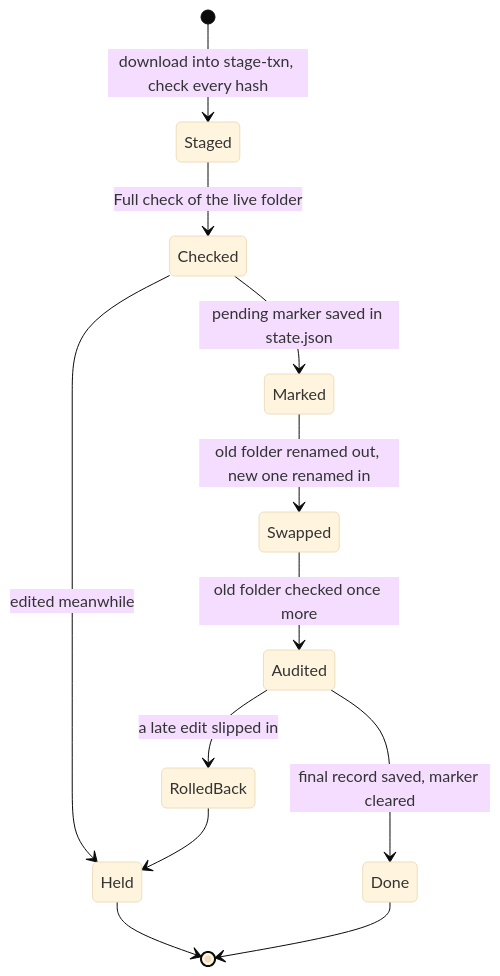
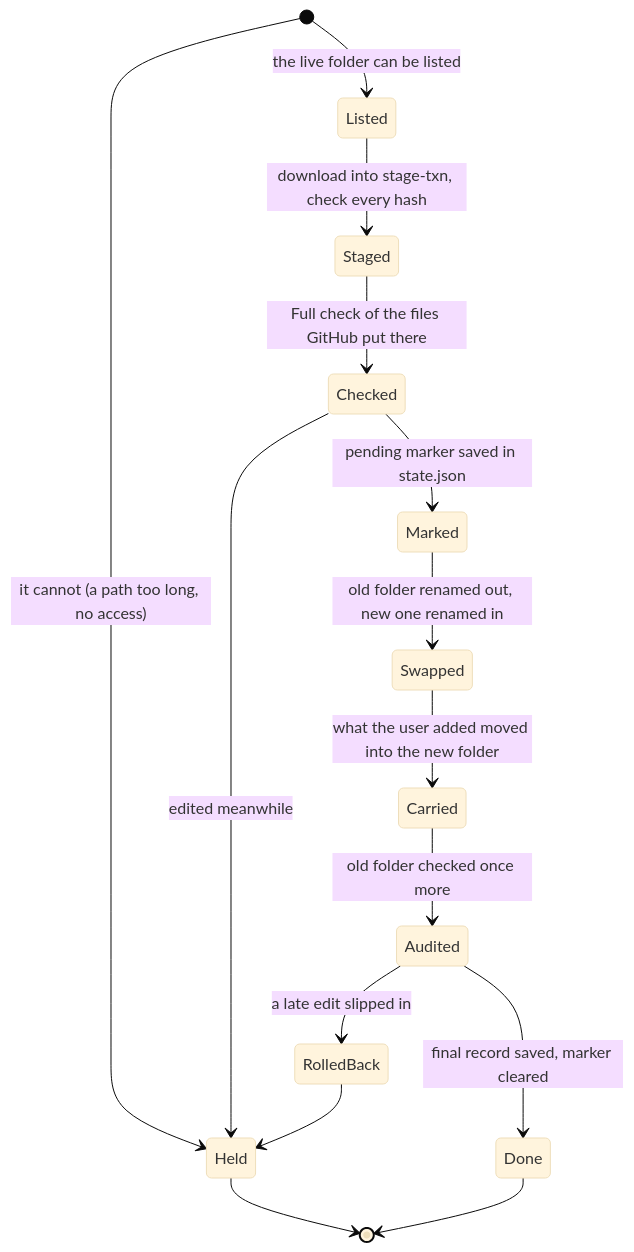
Before and after one commit to AngelosP/tiny-skill-sync: the fourth of 6 diagrams in ARCHITECTURE.md, drawn with Mermaid (base theme). The commit also changed other lines of this file and 19 other files, not shown here.

````diff
--- a/ARCHITECTURE.md
+++ b/ARCHITECTURE.md
@@ -174,14 +181,17 @@
 ```mermaid
 stateDiagram-v2
-    [*] --> Staged: download into stage-txn, check every hash
-    Staged --> Checked: Full check of the live folder
+    [*] --> Listed: the live folder can be listed
+    [*] --> Held: it cannot (a path too long, no access)
+    Listed --> Staged: download into stage-txn, check every hash
+    Staged --> Checked: Full check of the files GitHub put there
     Checked --> Held: edited meanwhile
     Checked --> Marked: pending marker saved in state.json
     Marked --> Swapped: old folder renamed out, new one renamed in
-    Swapped --> Audited: old folder checked once more
+    Swapped --> Carried: what the user added moved into the new folder
+    Carried --> Audited: old folder checked once more
     Audited --> RolledBack: a late edit slipped in
     Audited --> Done: final record saved, marker cleared
     RolledBack --> Held
     Held --> [*]
     Done --> [*]
 ```
````
